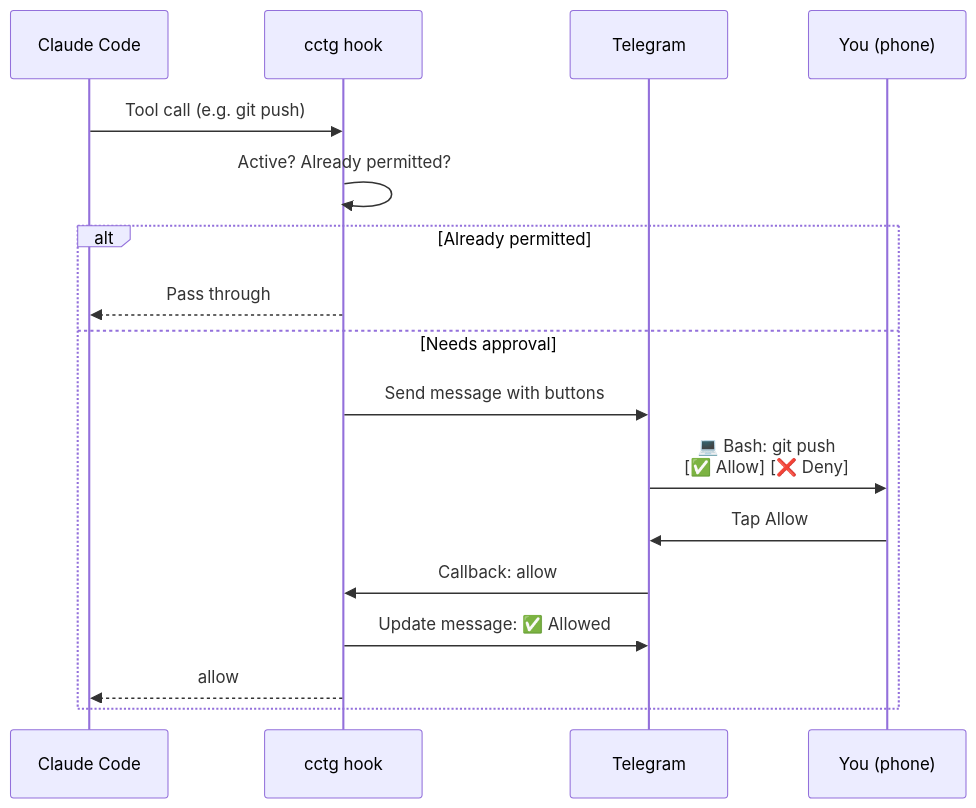
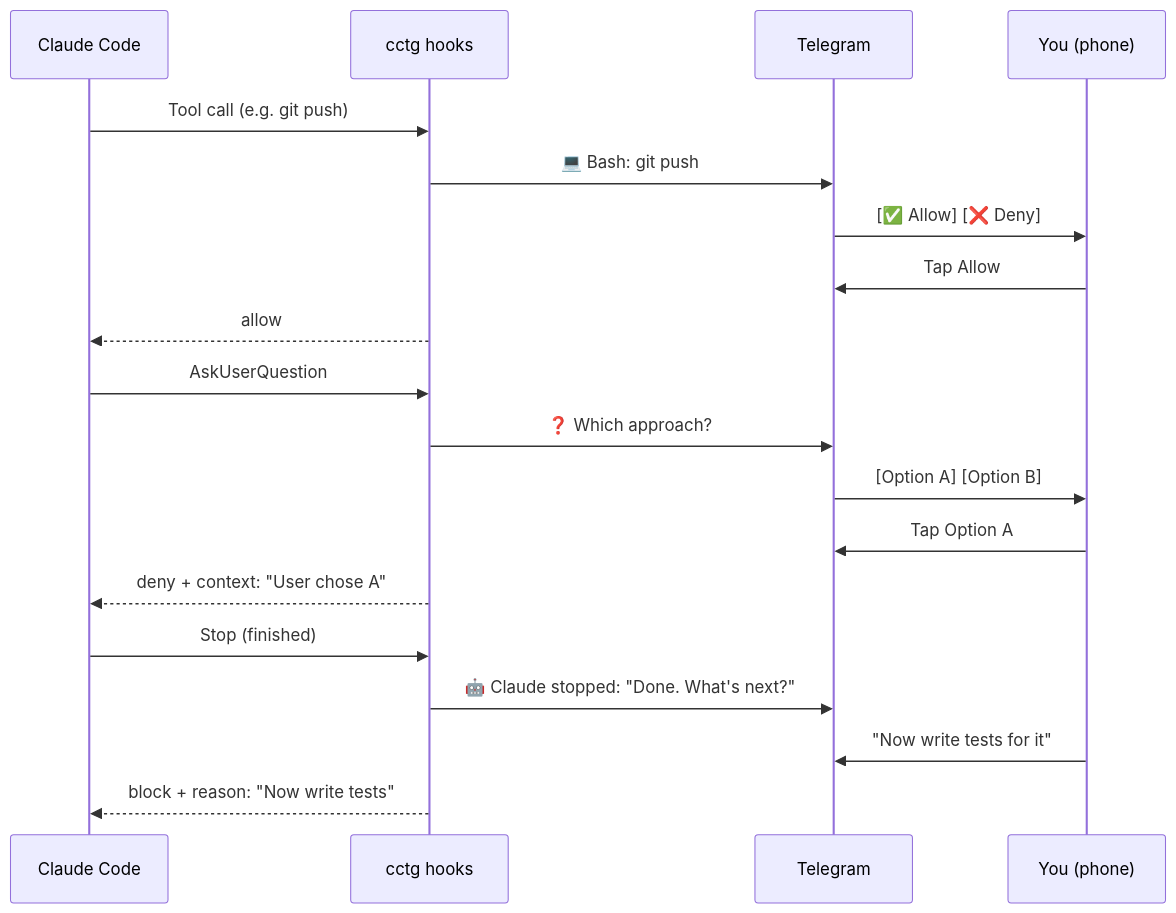
One commit to laveez/cctg changed the first of 2 diagrams in README.md. Above: the diagram before and after it, drawn with Mermaid. The commit also changed other lines of this file, not shown here.

Commit message:
Docs: Update README for remote mode, question interception, and three-mode system

````diff
--- a/README.md
+++ b/README.md
@@ -19,21 +23,24 @@
 ```mermaid
 sequenceDiagram
     participant C as Claude Code
-    participant H as cctg hook
+    participant H as cctg hooks
     participant T as Telegram
     participant U as You (phone)
 
     C->>H: Tool call (e.g. git push)
-    H->>H: Active? Already permitted?
+    H->>T: 💻 Bash: git push
+    T->>U: [✅ Allow] [❌ Deny]
+    U->>T: Tap Allow
+    H-->>C: allow
 
-    alt Already permitted
-        H-->>C: Pass through
-    else Needs approval
-        H->>T: Send message with buttons
-        T->>U: 💻 Bash: git push<br/>[✅ Allow] [❌ Deny]
-        U->>T: Tap Allow
-        T->>H: Callback: allow
-        H->>T: Update message: ✅ Allowed
-        H-->>C: allow
-    end
+    C->>H: AskUserQuestion
+    H->>T: ❓ Which approach?
+    T->>U: [Option A] [Option B]
+    U->>T: Tap Option A
+    H-->>C: deny + context: "User chose A"
+
+    C->>H: Stop (finished)
+    H->>T: 🤖 Claude stopped: "Done. What's next?"
+    U->>T: "Now write tests for it"
+    H-->>C: block + reason: "Now write tests"
 ```
````
